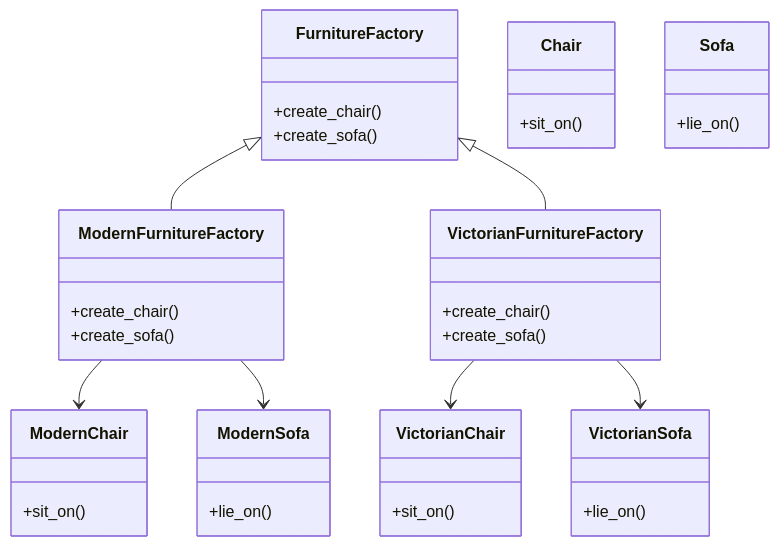
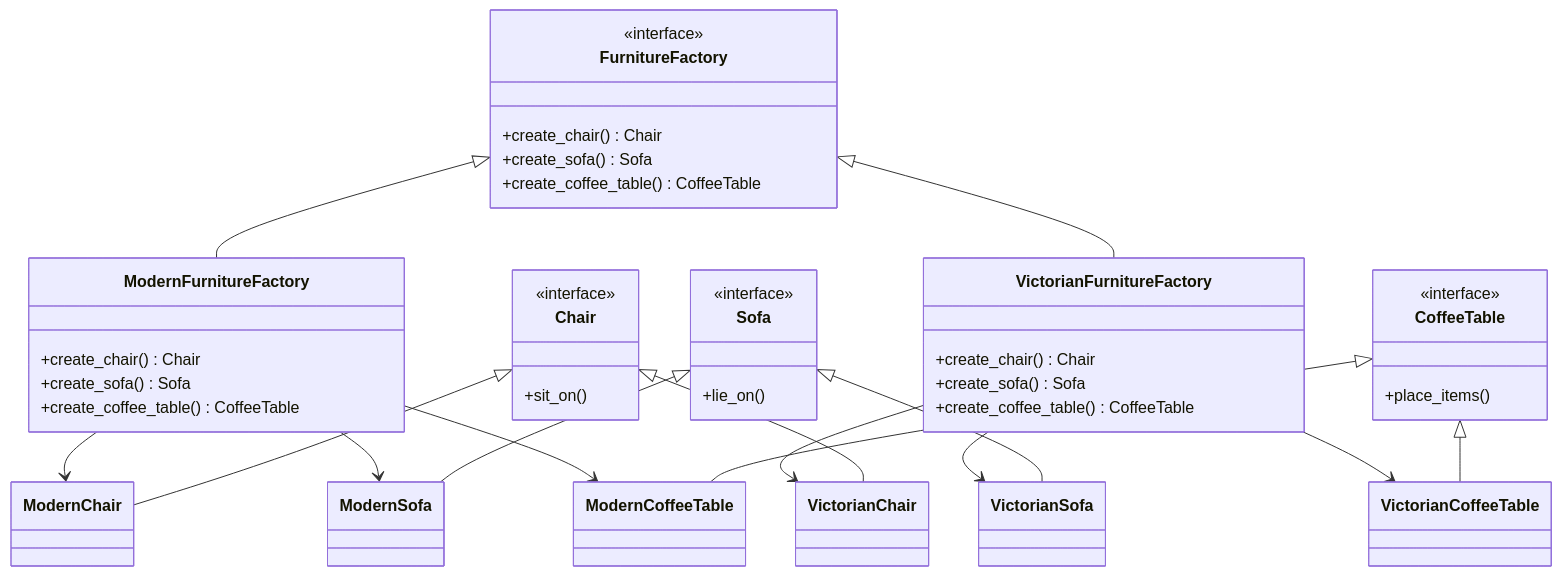
Before and after one commit to 42jerrykim/42jerrykim.github.io: the second of 2 diagrams in content/collection/designpattern/01_abstract_factory/index.md, drawn with Mermaid. The commit also changed other lines of this file, not shown here.

First line of the commit message:
01_abstract_factory: 구조 정리 및 품질 개선 (1차 수정)

````diff
--- a/content/collection/designpattern/01_abstract_factory/index.md
+++ b/content/collection/designpattern/01_abstract_factory/index.md
@@ -763,48 +347,51 @@
 ```mermaid
 classDiagram
     class FurnitureFactory {
-        +create_chair()
-        +create_sofa()
+        <<interface>>
+        +create_chair() Chair
+        +create_sofa() Sofa
+        +create_coffee_table() CoffeeTable
     }
 
     class ModernFurnitureFactory {
-        +create_chair()
-        +create_sofa()
+        +create_chair() Chair
+        +create_sofa() Sofa
+        +create_coffee_table() CoffeeTable
     }
 
     class VictorianFurnitureFactory {
-        +create_chair()
-        +create_sofa()
+        +create_chair() Chair
+        +create_sofa() Sofa
+        +create_coffee_table() CoffeeTable
     }
 
     class Chair {
+        <<interface>>
         +sit_on()
     }
 
     class Sofa {
+        <<interface>>
         +lie_on()
     }
 
-    class ModernChair {
-        +sit_on()
-    }
-
-    class VictorianChair {
-        +sit_on()
-    }
-
-    class ModernSofa {
-        +lie_on()
-    }
-
-    class VictorianSofa {
-        +lie_on()
+    class CoffeeTable {
+        <<interface>>
+        +place_items()
     }
 
     FurnitureFactory <|-- ModernFurnitureFactory
     FurnitureFactory <|-- VictorianFurnitureFactory
     ModernFurnitureFactory --> ModernChair
     ModernFurnitureFactory --> ModernSofa
+    ModernFurnitureFactory --> ModernCoffeeTable
     VictorianFurnitureFactory --> VictorianChair
     VictorianFurnitureFactory --> VictorianSofa
+    VictorianFurnitureFactory --> VictorianCoffeeTable
+    Chair <|-- ModernChair
+    Chair <|-- VictorianChair
+    Sofa <|-- ModernSofa
+    Sofa <|-- VictorianSofa
+    CoffeeTable <|-- ModernCoffeeTable
+    CoffeeTable <|-- VictorianCoffeeTable
 ```
````
